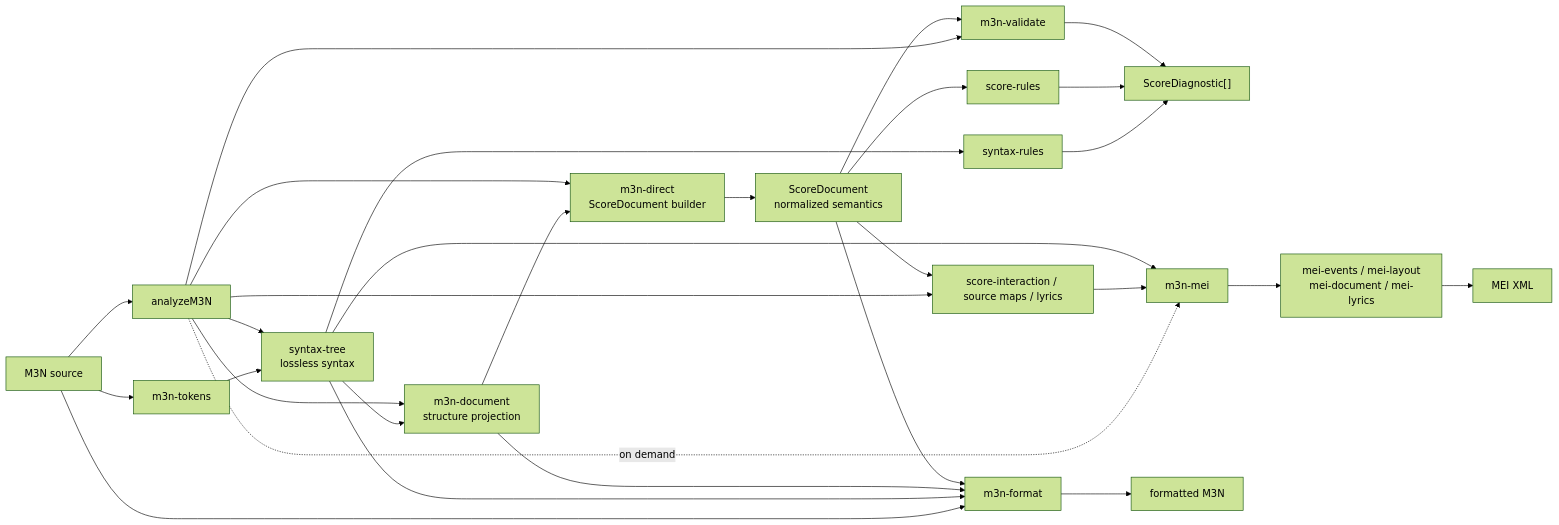
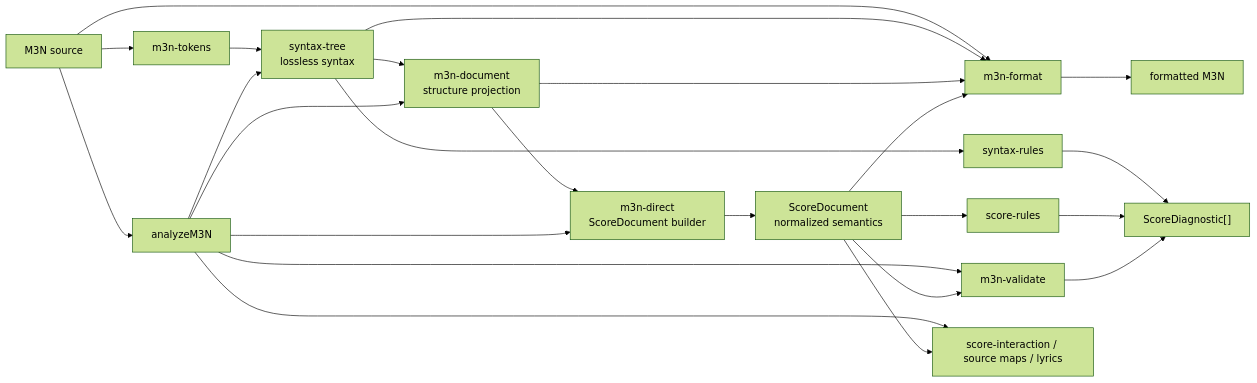
The third of 5 diagrams in docs/CODEGRAPH.md (huazhechen/m3n), drawn with Mermaid (forest theme) before and after one commit. The commit also changed other lines of this file and 79 other files, not shown here.

````diff
--- a/docs/CODEGRAPH.md
+++ b/docs/CODEGRAPH.md
@@ -79,38 +79,32 @@
 ```mermaid
 flowchart LR
   source["M3N source"]
   tokens["m3n-tokens"]
   syntax["syntax-tree<br/>lossless syntax"]
   projection["m3n-document<br/>structure projection"]
   direct["m3n-direct<br/>ScoreDocument builder"]
   score["ScoreDocument<br/>normalized semantics"]
   validation["m3n-validate"]
   syntaxRules["syntax-rules"]
   scoreRules["score-rules"]
   diagnostics["ScoreDiagnostic[]"]
   analysis["analyzeM3N"]
-  mei["m3n-mei"]
-  meiParts["mei-events / mei-layout<br/>mei-document / mei-lyrics"]
-  xml["MEI XML"]
   format["m3n-format"]
   formatted["formatted M3N"]
 
   source --> tokens --> syntax --> projection --> direct --> score
   source --> analysis
   analysis --> syntax
   analysis --> projection
   analysis --> direct
   analysis --> validation
   analysis --> interaction["score-interaction / source maps / lyrics"]
-  analysis -. on demand .-> mei
   syntax --> syntaxRules --> diagnostics
+  score --> interaction
   score --> scoreRules --> diagnostics
   score --> validation --> diagnostics
-  score --> interaction --> mei
-  syntax --> mei
-  mei --> meiParts --> xml
   source --> format
   syntax --> format
   projection --> format
   score --> format --> formatted
 ```
````
